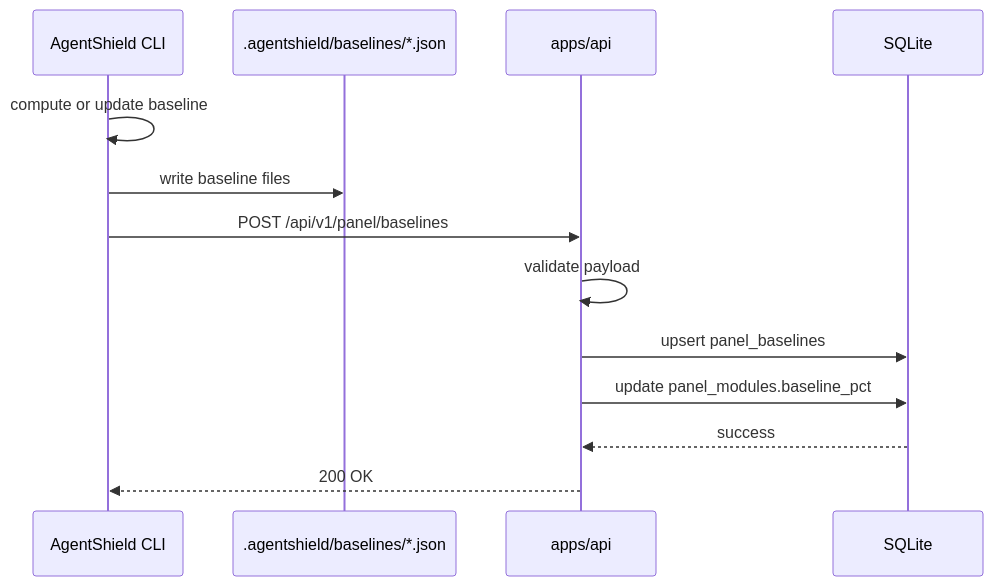
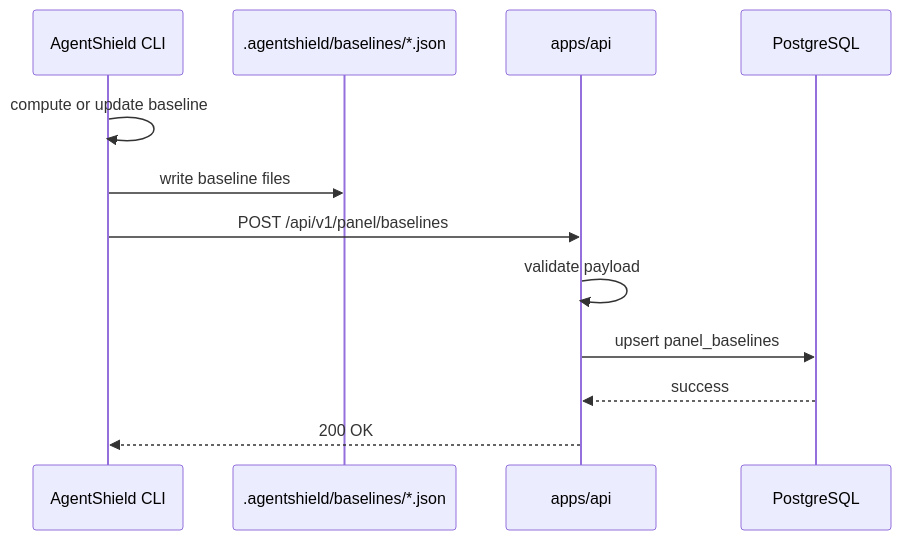
Before and after one commit to tomo-inc/agent-shield-monorepo: the second of 3 diagrams in docs/architecture/AgentShield-Week1-Panel-Detailed-Technical-Solution.md, drawn with Mermaid. The commit also changed other lines of this file and 47 other files, not shown here.

Commit message:
Add panel API implementation and keep Chinese docs local only

````diff
--- a/docs/architecture/AgentShield-Week1-Panel-Detailed-Technical-Solution.md
+++ b/docs/architecture/AgentShield-Week1-Panel-Detailed-Technical-Solution.md
@@ -771,16 +801,15 @@
 ```mermaid
 sequenceDiagram
     participant CLI as AgentShield CLI
     participant Files as .agentshield/baselines/*.json
     participant API as apps/api
-    participant DB as SQLite
+    participant DB as PostgreSQL
 
     CLI->>CLI: compute or update baseline
     CLI->>Files: write baseline files
     CLI->>API: POST /api/v1/panel/baselines
     API->>API: validate payload
     API->>DB: upsert panel_baselines
-    API->>DB: update panel_modules.baseline_pct
     DB-->>API: success
     API-->>CLI: 200 OK
 ```
````
